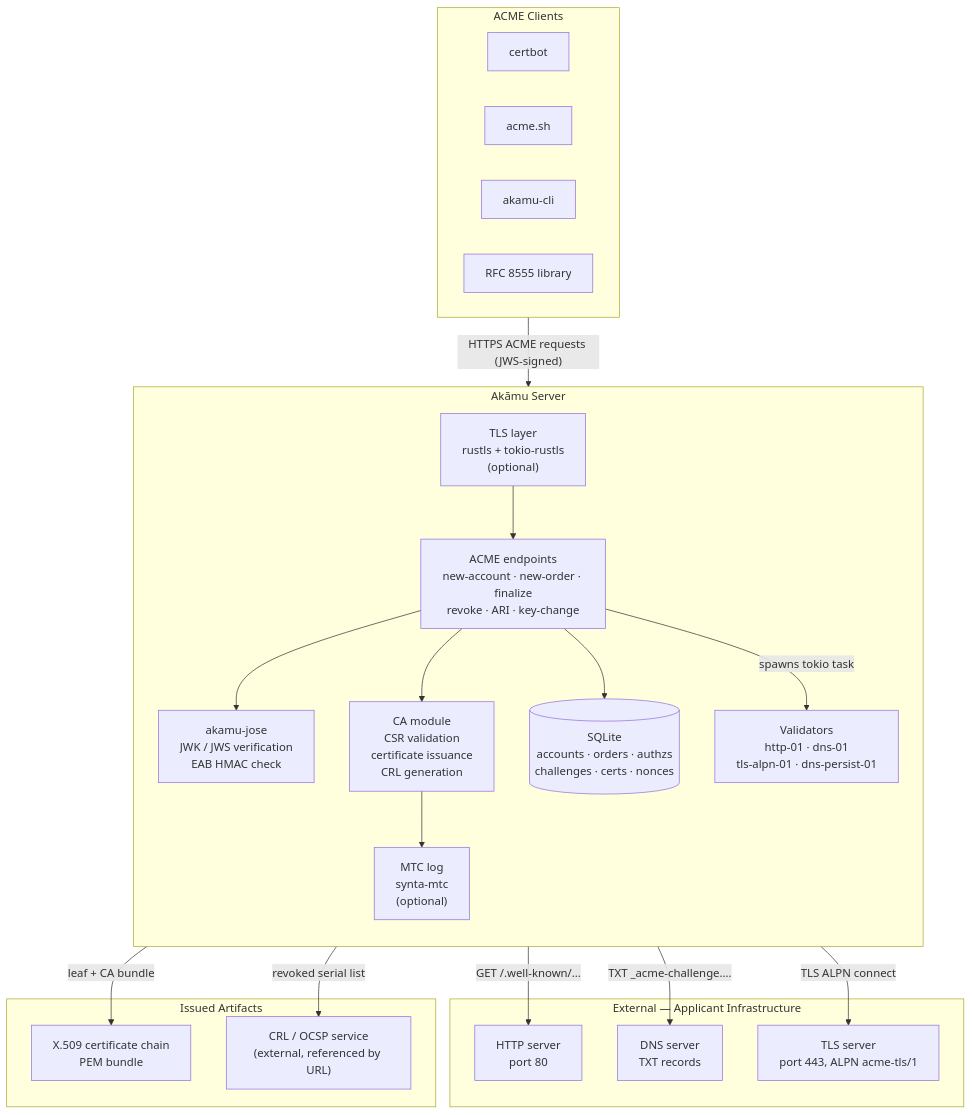
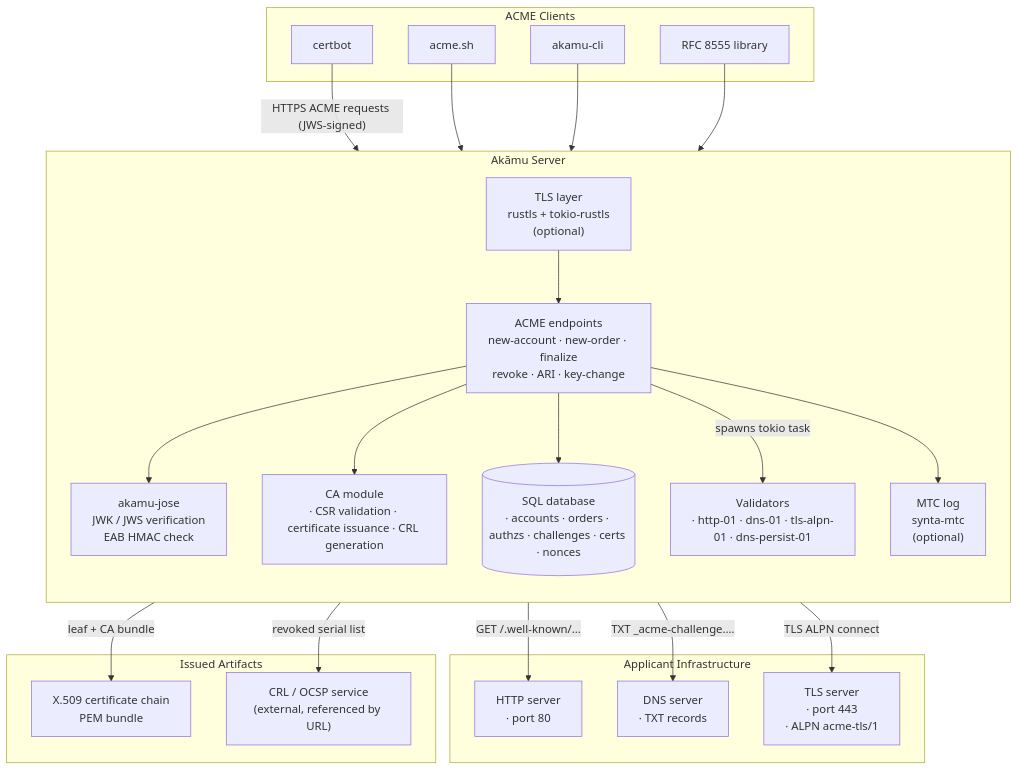
The first of 2 diagrams in docs/src/developer/architecture.md (czinda/akamu), drawn with Mermaid before and after one commit.

Commit message:
docs(arch): fix Mermaid system diagram layout and labels
- Route val→mtc edge through acme instead of ca so the MTC log node
  sits at rank 3, forcing the external and artifacts subgraphs to
  render below the Akāmu server box rather than beside it.
- Connect each ACME client node individually to tls so dagre places
  them side by side (horizontal peer layout).
- Widen Validators, CA, and DB node labels with · separators so the
  Applicant Infrastructure cluster title fits on one line.

````diff
--- a/docs/src/developer/architecture.md
+++ b/docs/src/developer/architecture.md
@@ -7,46 +7,49 @@
 ```mermaid
 graph TB
     subgraph clients["ACME Clients"]
         certbot[certbot]
         acmesh[acme.sh]
         akamucli[akamu-cli]
         custom[RFC 8555 library]
     end
 
     subgraph akamu["Akāmu Server"]
         direction TB
         tls["TLS layer<br/>rustls + tokio-rustls<br/>(optional)"]
         acme["ACME endpoints<br/>new-account · new-order · finalize<br/>revoke · ARI · key-change"]
         jose["akamu-jose<br/>JWK / JWS verification<br/>EAB HMAC check"]
-        ca["CA module<br/>CSR validation<br/>certificate issuance<br/>CRL generation"]
-        db[("SQLite<br/>accounts · orders · authzs<br/>challenges · certs · nonces")]
-        val["Validators<br/>http-01 · dns-01<br/>tls-alpn-01 · dns-persist-01"]
+        ca["CA module<br/>· CSR validation · certificate issuance · CRL generation"]
+        db[("SQL database<br/>· accounts · orders · authzs · challenges · certs · nonces")]
+        val["Validators<br/>· http-01 · dns-01 · tls-alpn-01 · dns-persist-01"]
         mtc["MTC log<br/>synta-mtc<br/>(optional)"]
     end
 
-    subgraph external["External — Applicant Infrastructure"]
-        httpserver["HTTP server<br/>port 80"]
-        dns["DNS server<br/>TXT records"]
-        tlsserver["TLS server<br/>port 443, ALPN acme-tls/1"]
+    subgraph external["Applicant Infrastructure"]
+        httpserver["HTTP server<br/>· port 80"]
+        dns["DNS server<br/>· TXT records"]
+        tlsserver["TLS server<br/>· port 443<br/>· ALPN acme-tls/1"]
     end
 
     subgraph artifacts["Issued Artifacts"]
         certchain["X.509 certificate chain<br/>PEM bundle"]
         crlsvc["CRL / OCSP service<br/>(external, referenced by URL)"]
     end
 
-    clients -->|"HTTPS ACME requests (JWS-signed)"| tls
+    certbot -->|"HTTPS ACME requests (JWS-signed)"| tls
+    acmesh --> tls
+    akamucli --> tls
+    custom --> tls
     tls --> acme
     acme --> jose
     acme --> ca
     acme --> db
     acme -->|"spawns tokio task"| val
+    acme --> mtc
 
     val -->|"GET /.well-known/…"| httpserver
     val -->|"TXT _acme-challenge.…"| dns
     val -->|"TLS ALPN connect"| tlsserver
 
     ca -->|"leaf + CA bundle"| certchain
     ca -->|"revoked serial list"| crlsvc
-    ca --> mtc
 ```
````
